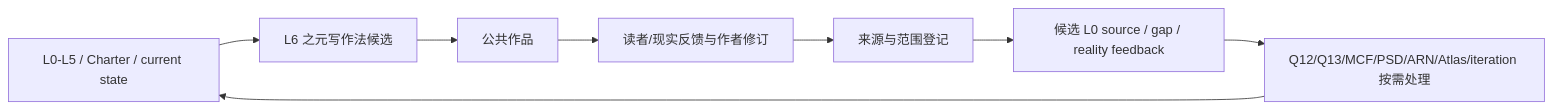
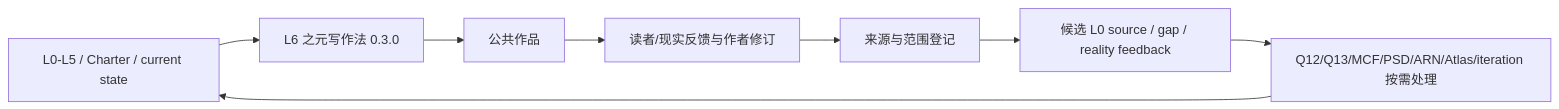
Before and after one commit to Arvin-liu/when-systems-catch-fire: the third of 9 diagrams in ARCHITECTURE.md, drawn with Mermaid. The commit also changed other lines of this file and 16 other files, not shown here.

````diff
--- a/ARCHITECTURE.md
+++ b/ARCHITECTURE.md
@@ -40,10 +40,10 @@
 ```mermaid
 flowchart LR
-  SRC[L0-L5 / Charter / current state] --> ZW[L6 之元写作法候选]
+  SRC[L0-L5 / Charter / current state] --> ZW[L6 之元写作法 0.3.0]
   ZW --> WORK[公共作品]
   WORK --> RESP[读者/现实反馈与作者修订]
   RESP --> PROV[来源与范围登记]
   PROV --> CAND[候选 L0 source / gap / reality feedback]
   CAND --> OPS[Q12/Q13/MCF/PSD/ARN/Atlas/iteration 按需处理]
   OPS --> SRC
 ```
````
